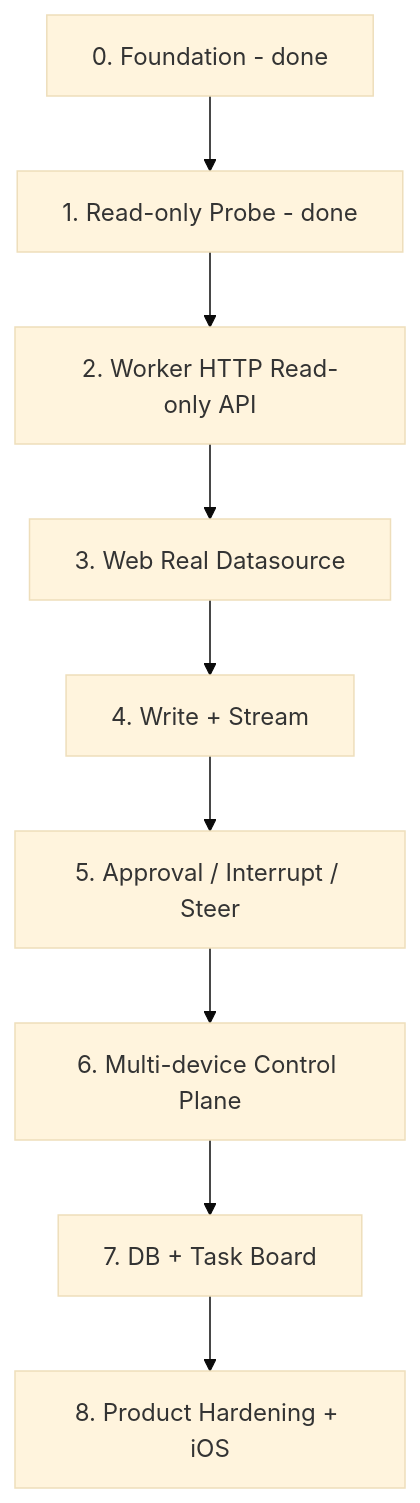
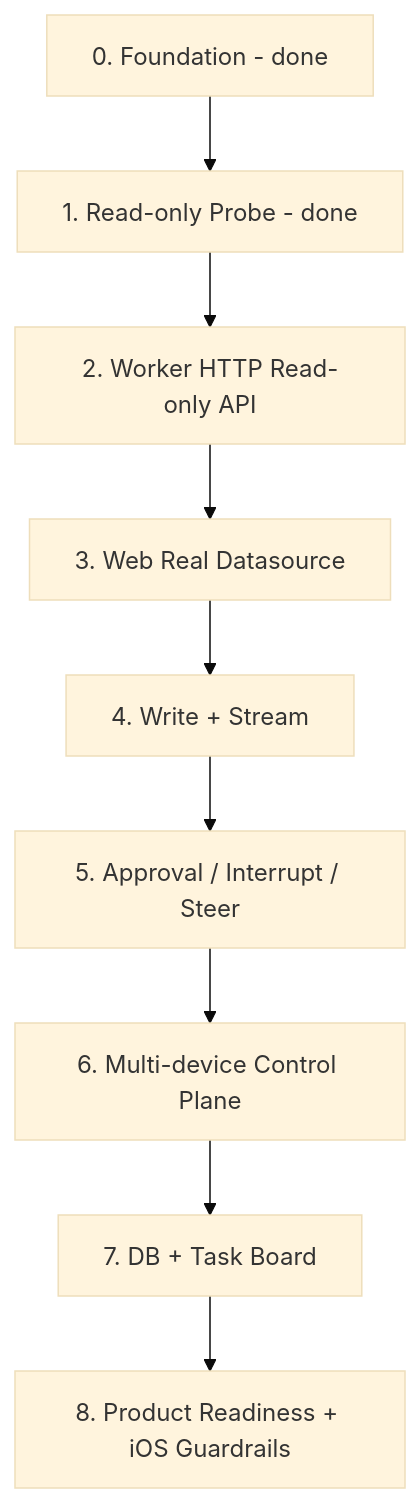
One commit to VintLin/codex-remote changed the second of 3 diagrams in PLAN.md. Above: the diagram before and after it, drawn with Mermaid (base theme). The commit also changed other lines of this file and 5 other files, not shown here.

Commit message:
Finalize product readiness stage

````diff
--- a/PLAN.md
+++ b/PLAN.md
@@ -59,14 +59,14 @@
 ```mermaid
 flowchart TB
   P0["0. Foundation - done"]
   P1["1. Read-only Probe - done"]
   P2["2. Worker HTTP Read-only API"]
   P3["3. Web Real Datasource"]
   P4["4. Write + Stream"]
   P5["5. Approval / Interrupt / Steer"]
   P6["6. Multi-device Control Plane"]
   P7["7. DB + Task Board"]
-  P8["8. Product Hardening + iOS"]
+  P8["8. Product Readiness + iOS Guardrails"]
 
   P0 --> P1 --> P2 --> P3 --> P4 --> P5 --> P6 --> P7 --> P8
 ```
````
